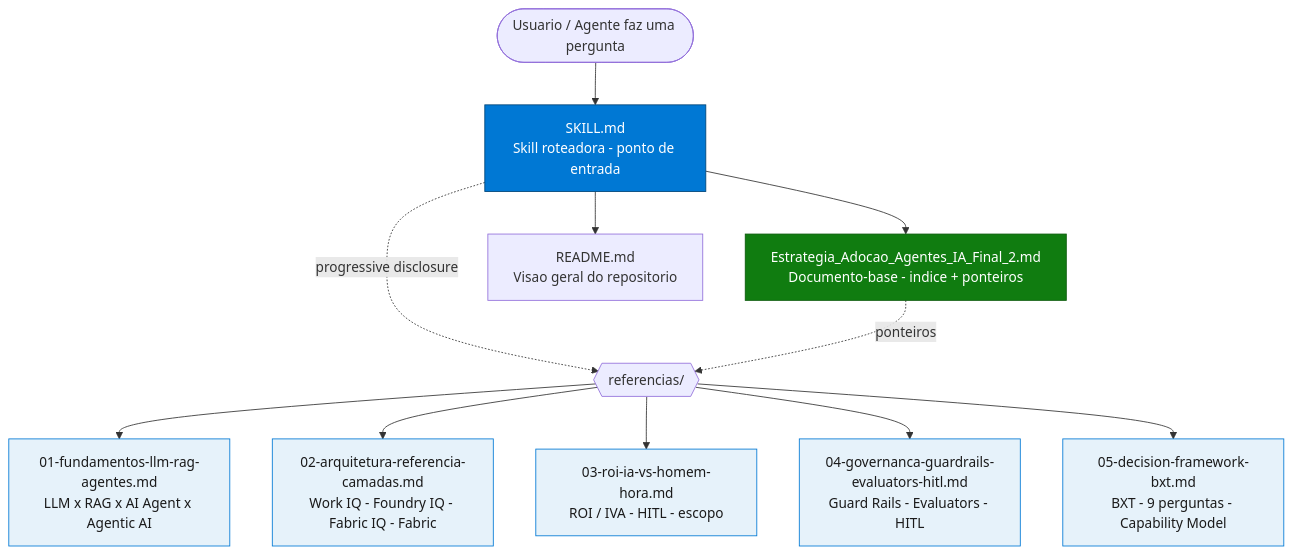
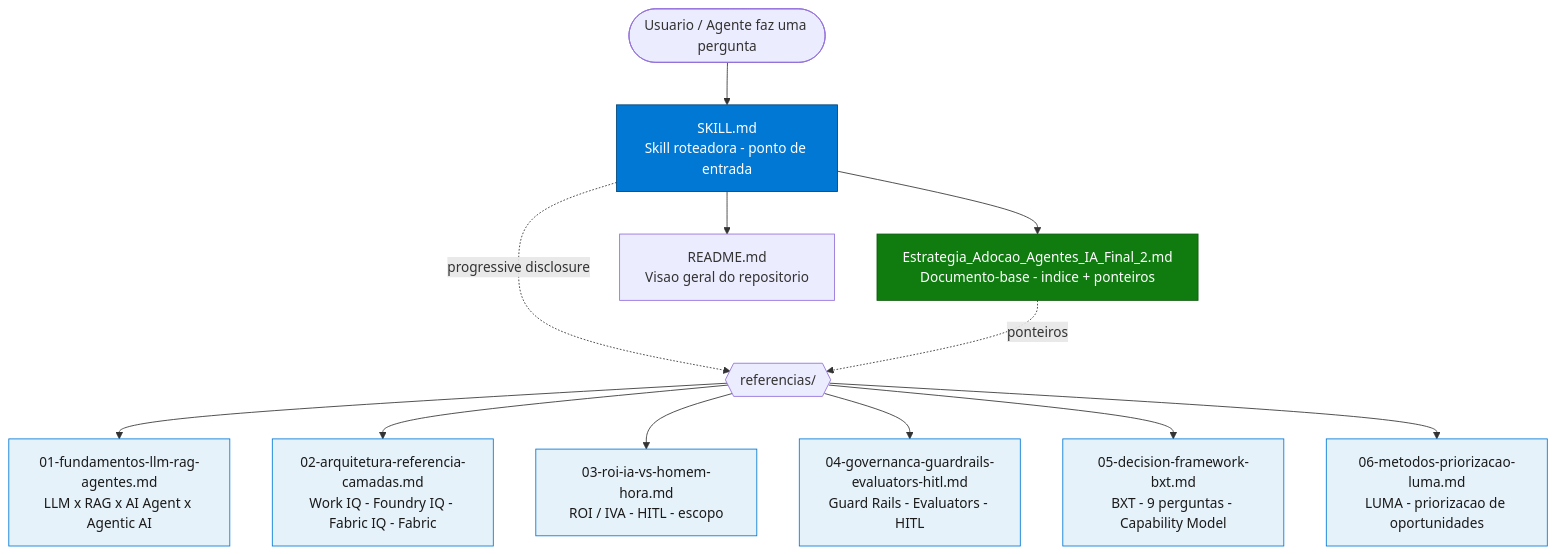
The first of 2 diagrams in README.md (fabioharams/hubsp-ai-skill), drawn with Mermaid before and after one commit. The commit also changed other lines of this file and 2 other files, not shown here.

Commit message:
incluindo adendo sobre uso do LUMA

````diff
--- a/README.md
+++ b/README.md
@@ -35,23 +36,24 @@
 ```mermaid
 graph TD
     USER([Usuario / Agente faz uma pergunta]) --> SKILL[SKILL.md<br/>Skill roteadora - ponto de entrada]
     SKILL --> CANON[Estrategia_Adocao_Agentes_IA_Final_2.md<br/>Documento-base - indice + ponteiros]
 
     SKILL -. progressive disclosure .-> REF{{referencias/}}
     CANON -. ponteiros .-> REF
 
     REF --> R1[01-fundamentos-llm-rag-agentes.md<br/>LLM x RAG x AI Agent x Agentic AI]
     REF --> R2[02-arquitetura-referencia-camadas.md<br/>Work IQ - Foundry IQ - Fabric IQ - Fabric]
     REF --> R3[03-roi-ia-vs-homem-hora.md<br/>ROI / IVA - HITL - escopo]
     REF --> R4[04-governanca-guardrails-evaluators-hitl.md<br/>Guard Rails - Evaluators - HITL]
     REF --> R5[05-decision-framework-bxt.md<br/>BXT - 9 perguntas - Capability Model]
+    REF --> R6[06-metodos-priorizacao-luma.md<br/>LUMA - priorizacao de oportunidades]
 
     SKILL --> README[README.md<br/>Visao geral do repositorio]
 
     classDef entry fill:#0078D4,stroke:#004578,color:#fff;
     classDef canon fill:#107C10,stroke:#0B5A0B,color:#fff;
     classDef ref fill:#E6F2FA,stroke:#0078D4,color:#1a1a1a;
     class SKILL entry;
     class CANON canon;
-    class R1,R2,R3,R4,R5 ref;
+    class R1,R2,R3,R4,R5,R6 ref;
 ```
````
